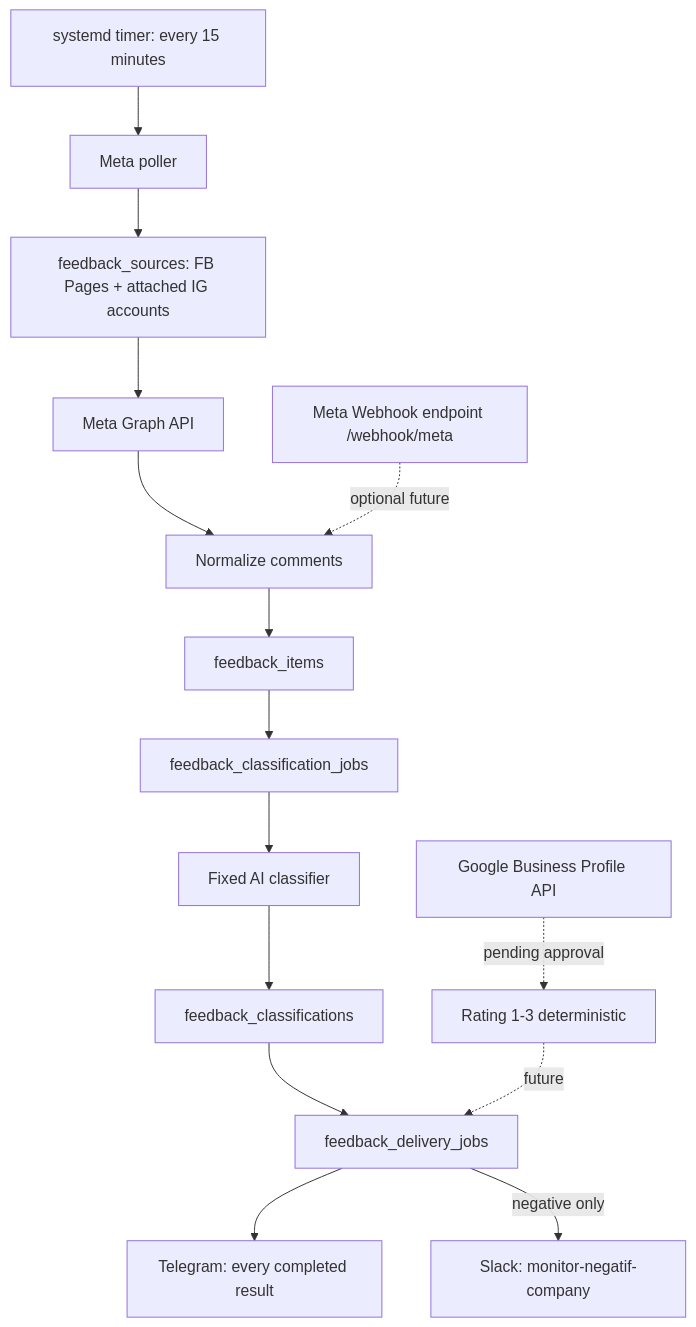
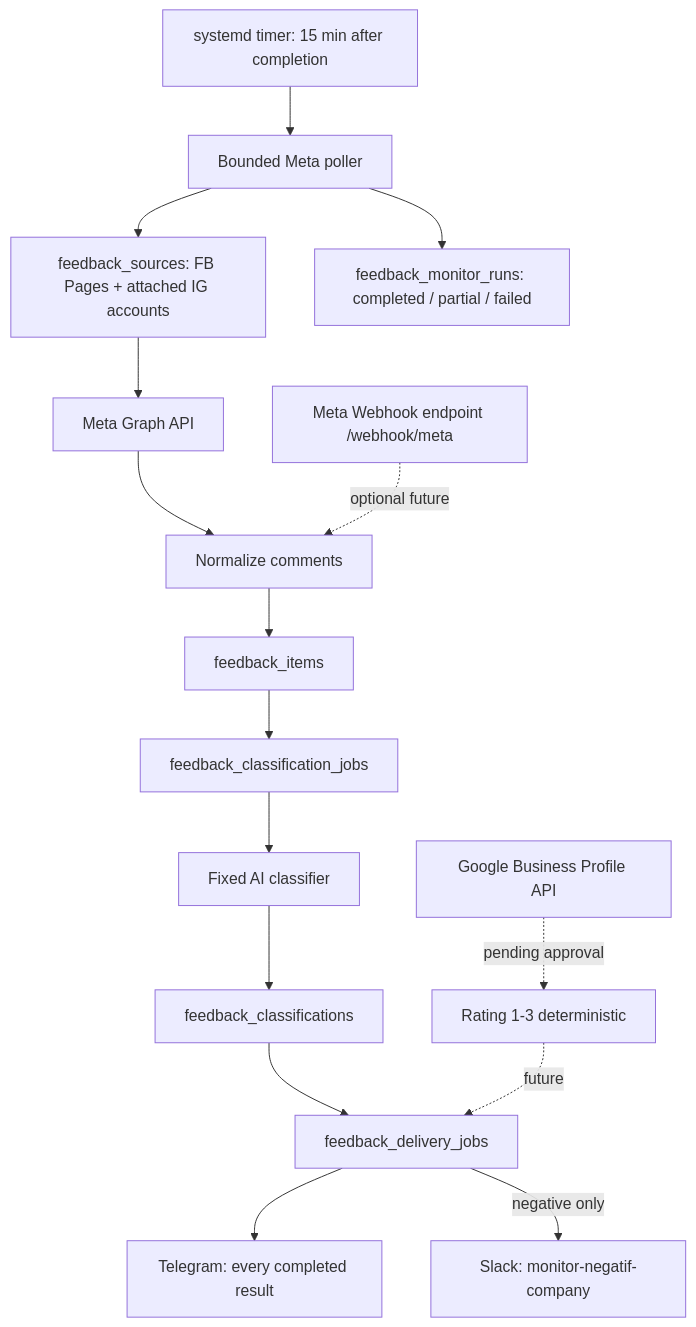
One commit to nunutech40/company-detector-bot changed the diagram in docs/technical/NEGATIVE_FEEDBACK_MONITOR_ARCHITECTURE.md. Above: the diagram before and after it, drawn with Mermaid. The commit also changed other lines of this file and 22 other files, not shown here.

````diff
--- a/docs/technical/NEGATIVE_FEEDBACK_MONITOR_ARCHITECTURE.md
+++ b/docs/technical/NEGATIVE_FEEDBACK_MONITOR_ARCHITECTURE.md
@@ -67,18 +69,19 @@
 ```mermaid
 flowchart TB
-  Timer["systemd timer: every 15 minutes"] --> Poller["Meta poller"]
+  Timer["systemd timer: 15 min after completion"] --> Poller["Bounded Meta poller"]
   Poller --> Sources["feedback_sources: FB Pages + attached IG accounts"]
   Sources --> Graph["Meta Graph API"]
   Graph --> Normalize["Normalize comments"]
+  Poller --> RunAudit["feedback_monitor_runs: completed / partial / failed"]
   Normalize --> Items["feedback_items"]
   Items --> Queue["feedback_classification_jobs"]
   Queue --> AI["Fixed AI classifier"]
   AI --> Classification["feedback_classifications"]
   Classification --> Delivery["feedback_delivery_jobs"]
   Delivery --> Telegram["Telegram: every completed result"]
   Delivery -->|negative only| Slack["Slack: monitor-negatif-company"]
 
   MetaWebhook["Meta Webhook endpoint /webhook/meta"] -. optional future .-> Normalize
   GoogleAPI["Google Business Profile API"] -. pending approval .-> GoogleRule["Rating 1-3 deterministic"]
   GoogleRule -. future .-> Delivery
 ```
````
